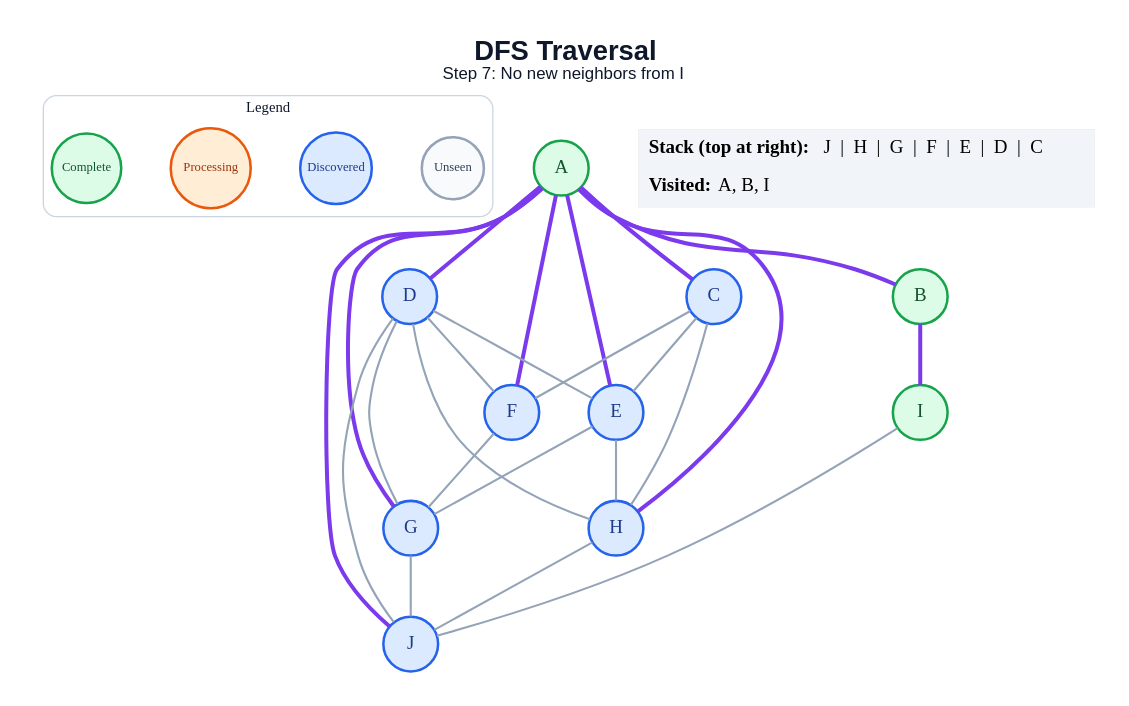
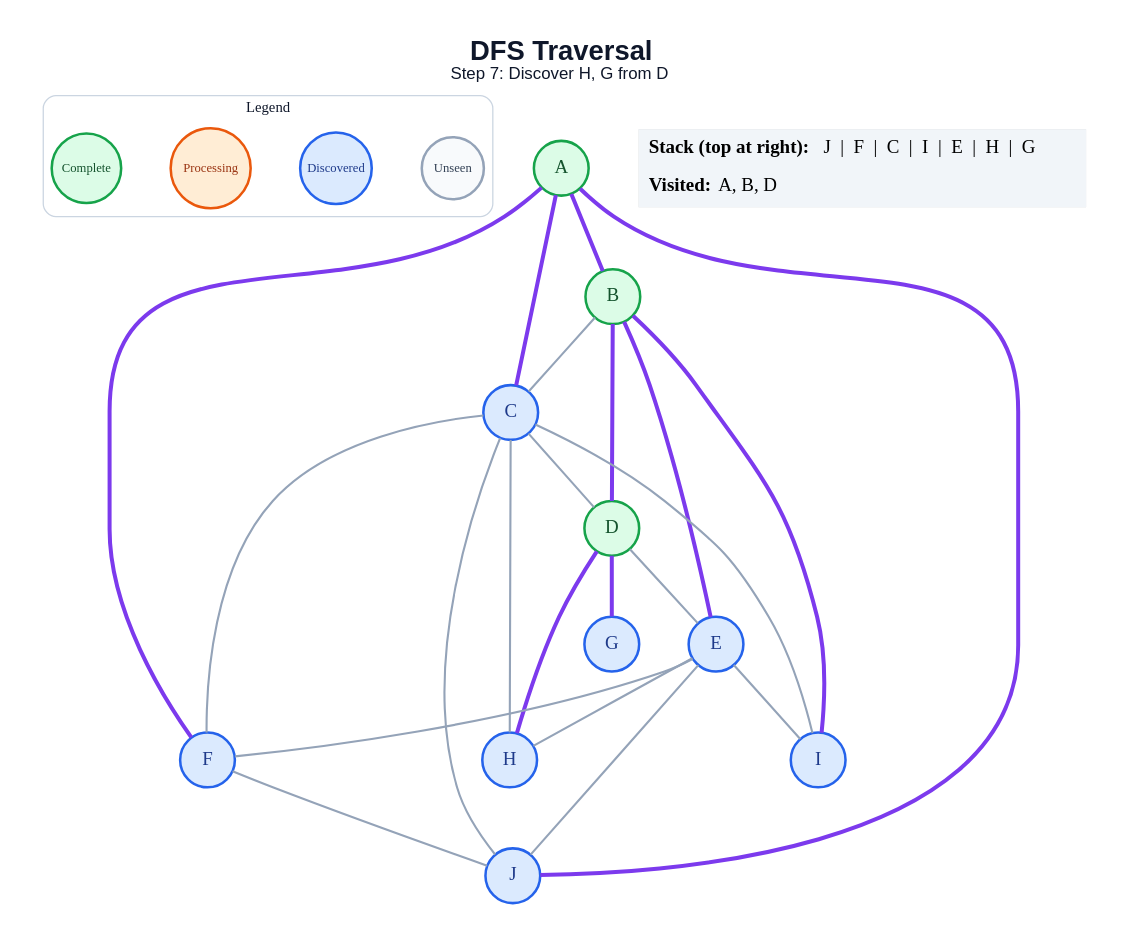
The diagram in generated/dfs/step_07.dot (anon7238593-create/ai-slop), drawn with Graphviz before and after one commit. The commit also changed 171 other files, not shown here.

```diff
--- a/generated/dfs/step_07.dot
+++ b/generated/dfs/step_07.dot
@@ -1,52 +1,50 @@
 graph traversal {
   graph [layout=dot, rankdir=TB, bgcolor="#FFFFFF", pad="0.35", nodesep="0.65", ranksep="0.8", fontname="Arial"];
   node [shape=circle, style="filled", fontname="Arial Bold", fontsize=18, width=0.72, fixedsize=true, penwidth=2.4];
   edge [color="#94A3B8", penwidth=2.0];
-  label=<<B>DFS Traversal</B><BR/><FONT POINT-SIZE="16">Step 7: No new neighbors from I</FONT>>; labelloc="t"; fontsize=26; fontname="Arial"; fontcolor="#0F172A";
+  label=<<B>DFS Traversal</B><BR/><FONT POINT-SIZE="16">Step 7: Discover H, G from D</FONT>>; labelloc="t"; fontsize=26; fontname="Arial"; fontcolor="#0F172A";
   subgraph cluster_legend { label="Legend"; color="#CBD5E1"; penwidth=1.2; style="rounded"; fontsize=14; fontname="Arial Bold";
     key_unseen [label="Unseen", fillcolor="#F8FAFC", color="#94A3B8", fontcolor="#334155", fontsize=12, width=0.82];
     key_frontier [label="Discovered", fillcolor="#DBEAFE", color="#2563EB", fontcolor="#1E3A8A", fontsize=12, width=0.95];
     key_current [label="Processing", fillcolor="#FFEDD5", color="#EA580C", fontcolor="#9A3412", fontsize=12, width=1.05];
     key_done [label="Complete", fillcolor="#DCFCE7", color="#16A34A", fontcolor="#14532D", fontsize=12, width=0.92];
     { rank=same; key_unseen; key_frontier; key_current; key_done; }
   }
   A [fillcolor="#DCFCE7", color="#16A34A", fontcolor="#14532D"];
   B [fillcolor="#DCFCE7", color="#16A34A", fontcolor="#14532D"];
   C [fillcolor="#DBEAFE", color="#2563EB", fontcolor="#1E3A8A"];
-  D [fillcolor="#DBEAFE", color="#2563EB", fontcolor="#1E3A8A"];
+  D [fillcolor="#DCFCE7", color="#16A34A", fontcolor="#14532D"];
   E [fillcolor="#DBEAFE", color="#2563EB", fontcolor="#1E3A8A"];
   F [fillcolor="#DBEAFE", color="#2563EB", fontcolor="#1E3A8A"];
   G [fillcolor="#DBEAFE", color="#2563EB", fontcolor="#1E3A8A"];
   H [fillcolor="#DBEAFE", color="#2563EB", fontcolor="#1E3A8A"];
-  I [fillcolor="#DCFCE7", color="#16A34A", fontcolor="#14532D"];
+  I [fillcolor="#DBEAFE", color="#2563EB", fontcolor="#1E3A8A"];
   J [fillcolor="#DBEAFE", color="#2563EB", fontcolor="#1E3A8A"];
   A -- B [color="#7C3AED", penwidth=3.8];
   A -- C [color="#7C3AED", penwidth=3.8];
-  A -- D [color="#7C3AED", penwidth=3.8];
-  A -- E [color="#7C3AED", penwidth=3.8];
   A -- F [color="#7C3AED", penwidth=3.8];
-  A -- G [color="#7C3AED", penwidth=3.8];
-  A -- H [color="#7C3AED", penwidth=3.8];
   A -- J [color="#7C3AED", penwidth=3.8];
+  B -- C;
+  B -- D [color="#7C3AED", penwidth=3.8];
+  B -- E [color="#7C3AED", penwidth=3.8];
   B -- I [color="#7C3AED", penwidth=3.8];
-  C -- E;
+  C -- D;
   C -- F;
   C -- H;
+  C -- I;
+  C -- J;
   D -- E;
-  D -- F;
-  D -- G;
-  D -- H;
-  D -- J;
-  E -- G;
+  D -- G [color="#7C3AED", penwidth=3.8];
+  D -- H [color="#7C3AED", penwidth=3.8];
+  E -- F;
   E -- H;
-  F -- G;
-  G -- J;
-  H -- J;
-  I -- J;
+  E -- I;
+  E -- J;
+  F -- J;
   status [shape=plain, fixedsize=false, width=0, height=0, margin=0, label=<
     <TABLE BORDER="0" CELLBORDER="0" CELLPADDING="7" BGCOLOR="#F1F5F9">
-      <TR><TD ALIGN="LEFT"><B>Stack (top at right):</B> J  |  H  |  G  |  F  |  E  |  D  |  C</TD></TR>
-      <TR><TD ALIGN="LEFT"><B>Visited:</B> A, B, I</TD></TR>
+      <TR><TD ALIGN="LEFT"><B>Stack (top at right):</B> J  |  F  |  C  |  I  |  E  |  H  |  G</TD></TR>
+      <TR><TD ALIGN="LEFT"><B>Visited:</B> A, B, D</TD></TR>
     </TABLE>
   >];
 }
```
